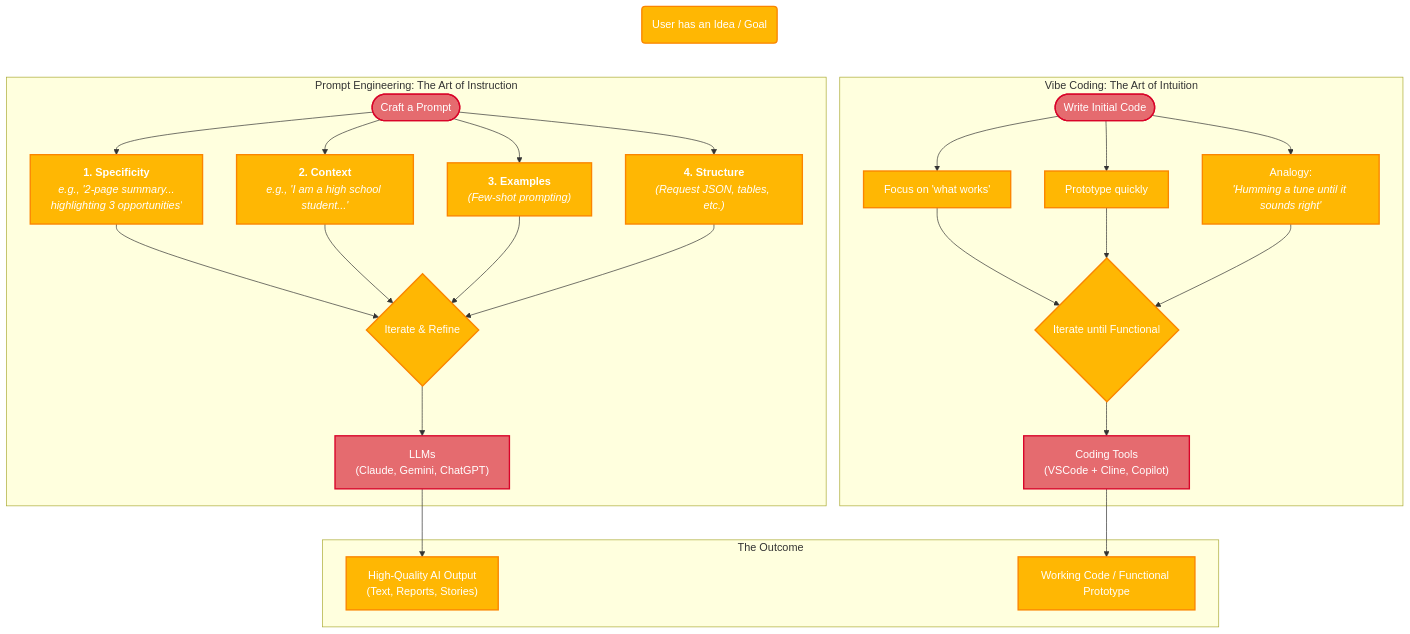
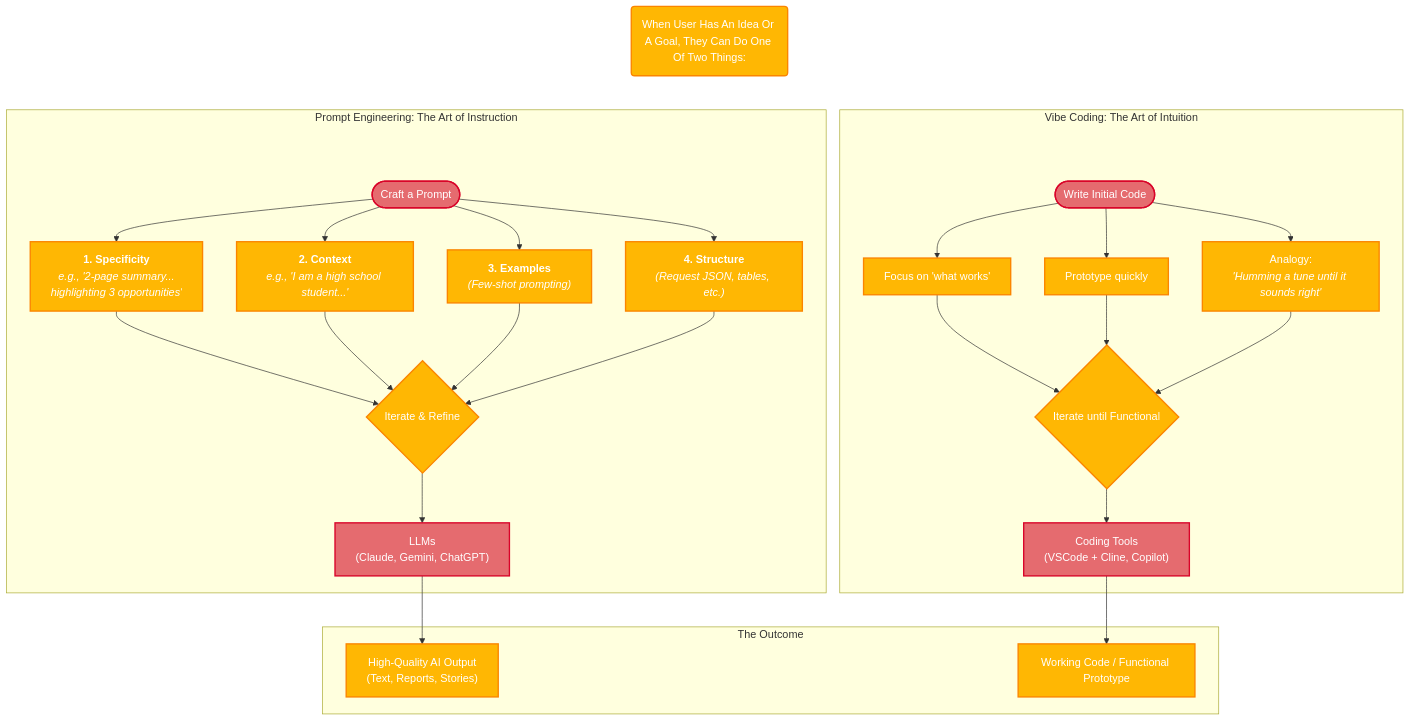
Before and after one commit to anvita-kar-git/Anvita-Kar-KEYS-2025: the diagram in docs/promptengineering.md, drawn with Mermaid.

````diff
--- a/docs/promptengineering.md
+++ b/docs/promptengineering.md
@@ -28,54 +28,65 @@
 ```mermaid
-   graph TD
+      graph TD
     %% --- Style Definitions ---
     classDef redTheme fill:#E56B6F,stroke:#D90429,stroke-width:2px,color:#fff
     classDef orangeTheme fill:#FFB703,stroke:#FB8500,stroke-width:2px,color:#fff
+    %% ADDED: Style for the invisible spacer nodes
+    classDef spacerTheme fill:transparent,stroke:transparent,stroke-width:0px
 
     %% --- Chart Structure ---
-    A(User has an Idea / Goal)
+    A(When User Has An Idea Or A Goal, They Can Do One Of Two Things:)
 
     subgraph "Prompt Engineering: The Art of Instruction"
-        %% CORRECTED: Added a line break before the text to create top padding
+        %% ADDED: Invisible spacer node for top padding
+        PE_Spacer( )
         B(["Craft a Prompt"])
         C1["<b>1. Specificity</b><br/><i>e.g., '2-page summary...<br/>highlighting 3 opportunities'</i>"]
         C2["<b>2. Context</b><br/><i>e.g., 'I am a high school student...'</i>"]
         C3["<b>3. Examples</b><br/><i>(Few-shot prompting)</i>"]
         C4["<b>4. Structure</b><br/><i>(Request JSON, tables, etc.)</i>"]
         D{Iterate & Refine}
-        E["LLMs<br/>(Claude, Gemini, ChatGPT)<br/>"]
+        E["LLMs<br/>(Claude, Gemini, ChatGPT)<br/> "]
     end
 
     subgraph "Vibe Coding: The Art of Intuition"
-        
-        %% CORRECTED: Added a line break before the text to create top padding
+        %% ADDED: Invisible spacer node for top padding
+        VC_Spacer( )
         F(["Write Initial Code"])
         G["Focus on 'what works'"]
         H["Prototype quickly"]
         I["Analogy:<br/><i>'Humming a tune until it sounds right'</i>"]
         J{Iterate until Functional}
         K["Coding Tools<br/>(VSCode + Cline, Copilot)<br/> "]
     end
 
     subgraph "The Outcome"
         L["High-Quality AI Output<br/>(Text, Reports, Stories)<br/> "]
         M["Working Code / Functional Prototype<br/> "]
     end
 
-    %% --- Flow Logic (This remains simple and correct) ---
-    A ~~~ B & F
-
+    %% --- Flow Logic ---
+    %% CHANGED: Point initial flow to the new spacers
+    A ~~~ PE_Spacer & VC_Spacer
+    
+    %% ADDED: Connect spacers to first nodes with invisible links
+    PE_Spacer ~~~ B
+    VC_Spacer ~~~ F
+    
+    %% The rest of the flow remains the same
     B --> C1 & C2 & C3 & C4
     C1 & C2 & C3 & C4 --> D
     D --> E
     
     F --> G & H & I
     G & H & I --> J
     J --> K
     
     E --> L
     K --> M
 
     %% --- Apply Node Styles ---
     class B,F,E,K redTheme
     class A,C1,C2,C3,C4,G,H,I,D,J,L,M orangeTheme
+    %% ADDED: Apply the spacer style to the new nodes
+    class PE_Spacer,VC_Spacer spacerTheme
 ```
````
